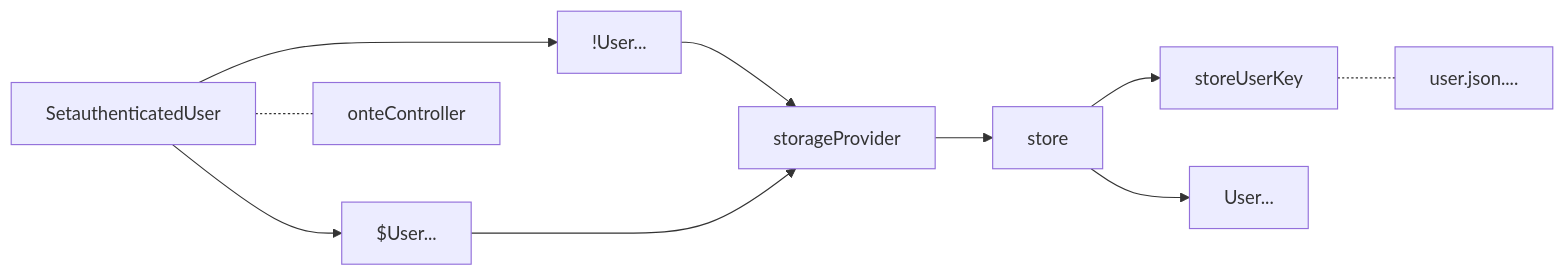
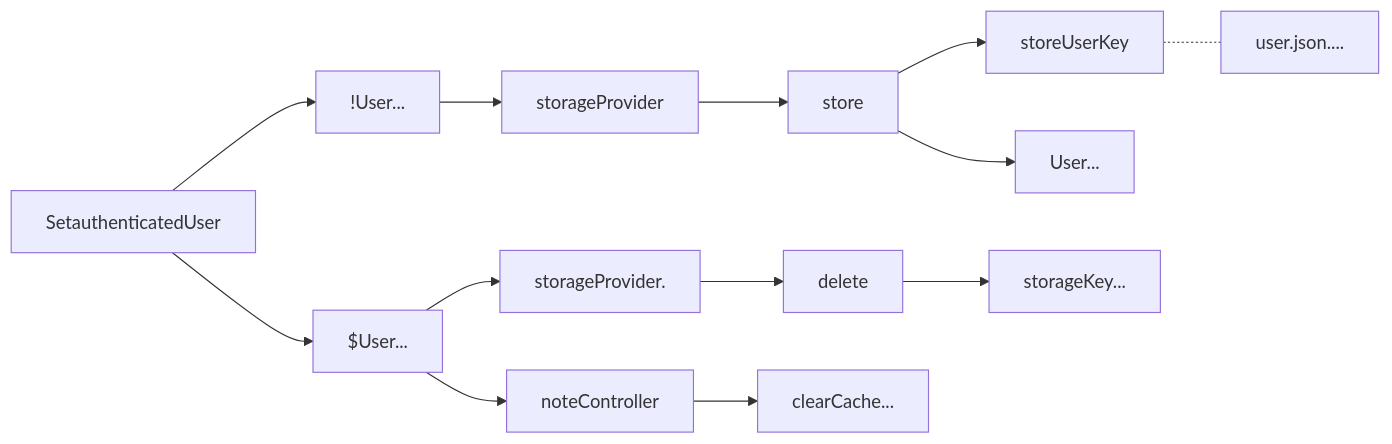
The fourth of 6 diagrams in newage/astro.md (gordianknotC/nxp_note), drawn with Mermaid before and after one commit. The commit also changed other lines of this file, not shown here.

Commit message:
newage/astro.md updated from https://stackedit.io/

````diff
--- a/newage/astro.md
+++ b/newage/astro.md
@@ -46,14 +46,17 @@
 ```mermaid
 graph LR
 storeUserKey -.- user.json....
 SetauthenticatedUser --> $User...
 SetauthenticatedUser --> !User...
 !User... --> storageProvider
 storageProvider --> store
 store --> storeUserKey
 store --> User...
 
-$User... ---> storageProvider
+$User... --> storageProvider.
+storageProvider. --> delete
+delete --> storageKey...
+$User... --> noteController
+noteController --> clearCache...
 
- SetauthenticatedUser -.- onteController
 ```
````
